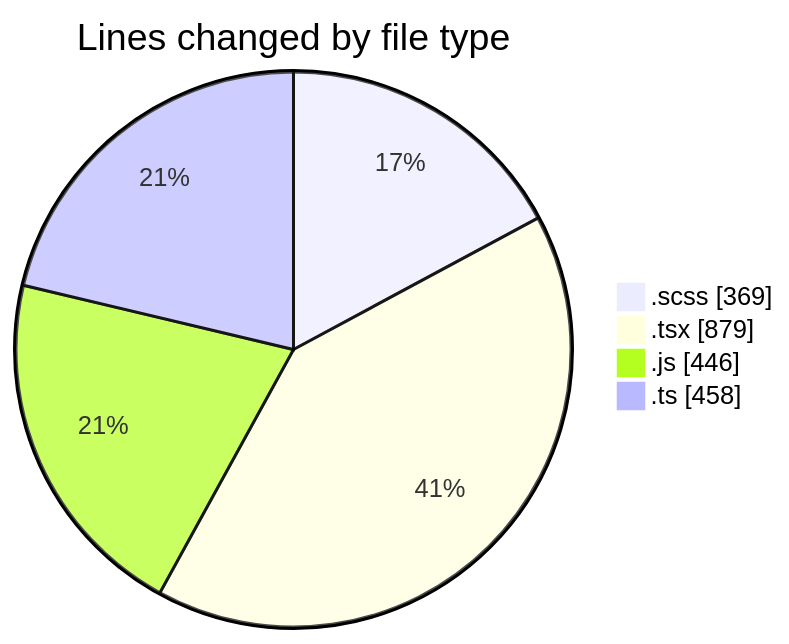
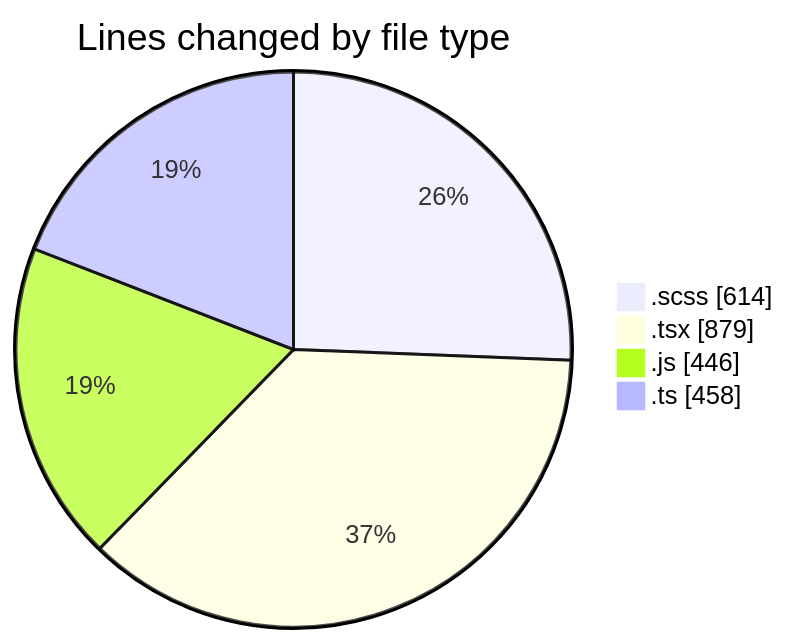
Before and after one commit to momahboobian/code-tracking: the first of 2 diagrams in 2025-03-14/cda/README.md, drawn with Mermaid. The commit also changed other lines of this file and 1 other file, not shown here.

````diff
--- a/2025-03-14/cda/README.md
+++ b/2025-03-14/cda/README.md
@@ -34,8 +34,8 @@
 ```mermaid
 pie showData
 title Lines changed by file type
-".scss" : 369
+".scss" : 614
 ".tsx" : 879
 ".js" : 446
 ".ts" : 458
 ```
````
